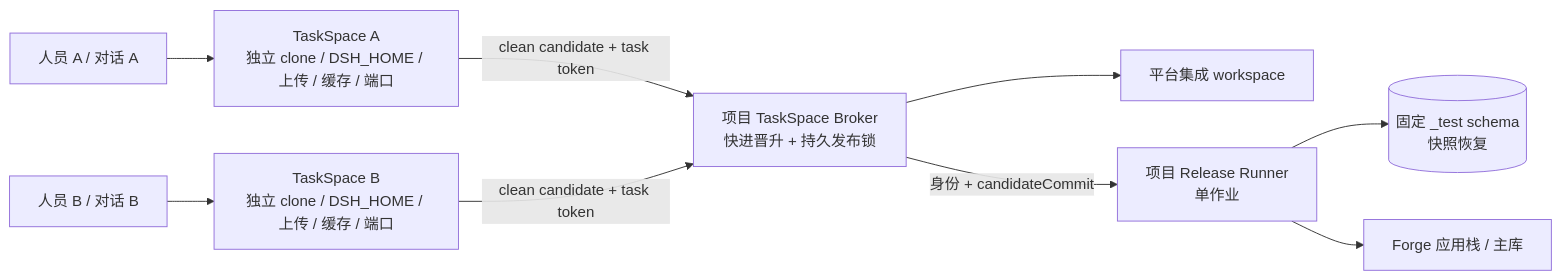
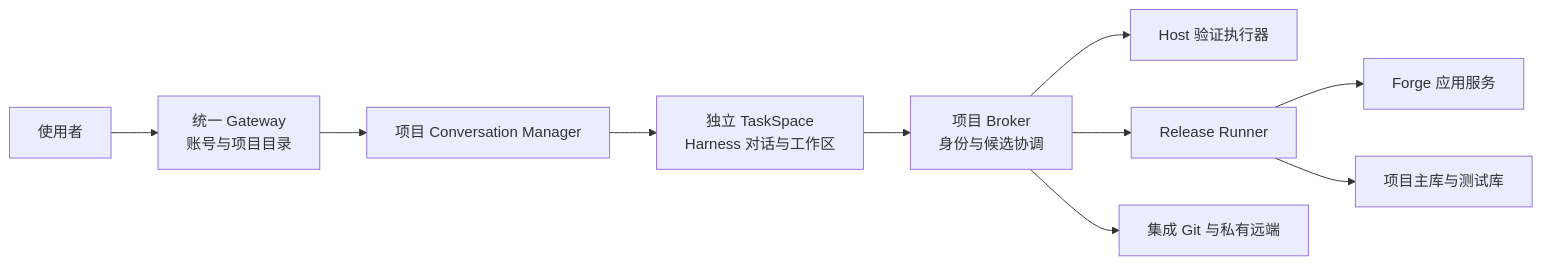
The diagram in docs/architecture.md (zhiyuxinxi/ForgeAdminHarness-open-source), drawn with Mermaid before and after one commit. The commit also changed other lines of this file and 26 other files, not shown here.

````diff
--- a/docs/architecture.md
+++ b/docs/architecture.md
@@ -56,11 +13,12 @@
 ```mermaid
 flowchart LR
-  A[人员 A / 对话 A] --> TA[TaskSpace A\n独立 clone / DSH_HOME / 上传 / 缓存 / 端口]
-  B[人员 B / 对话 B] --> TB[TaskSpace B\n独立 clone / DSH_HOME / 上传 / 缓存 / 端口]
-  TA -->|clean candidate + task token| BR[项目 TaskSpace Broker\n快进晋升 + 持久发布锁]
-  TB -->|clean candidate + task token| BR
-  BR --> IW[平台集成 workspace]
-  BR -->|身份 + candidateCommit| RR[项目 Release Runner\n单作业]
-  RR --> TDB[(固定 _test schema\n快照恢复)]
-  RR --> APP[Forge 应用栈 / 主库]
+  U[使用者] --> G[统一 Gateway<br/>账号与项目目录]
+  G --> M[项目 Conversation Manager]
+  M --> T[独立 TaskSpace<br/>Harness 对话与工作区]
+  T --> B[项目 Broker<br/>身份与候选协调]
+  B --> H[Host 验证执行器]
+  B --> R[Release Runner]
+  B --> I[集成 Git 与私有远端]
+  R --> A[Forge 应用服务]
+  R --> D[项目主库与测试库]
 ```
````
